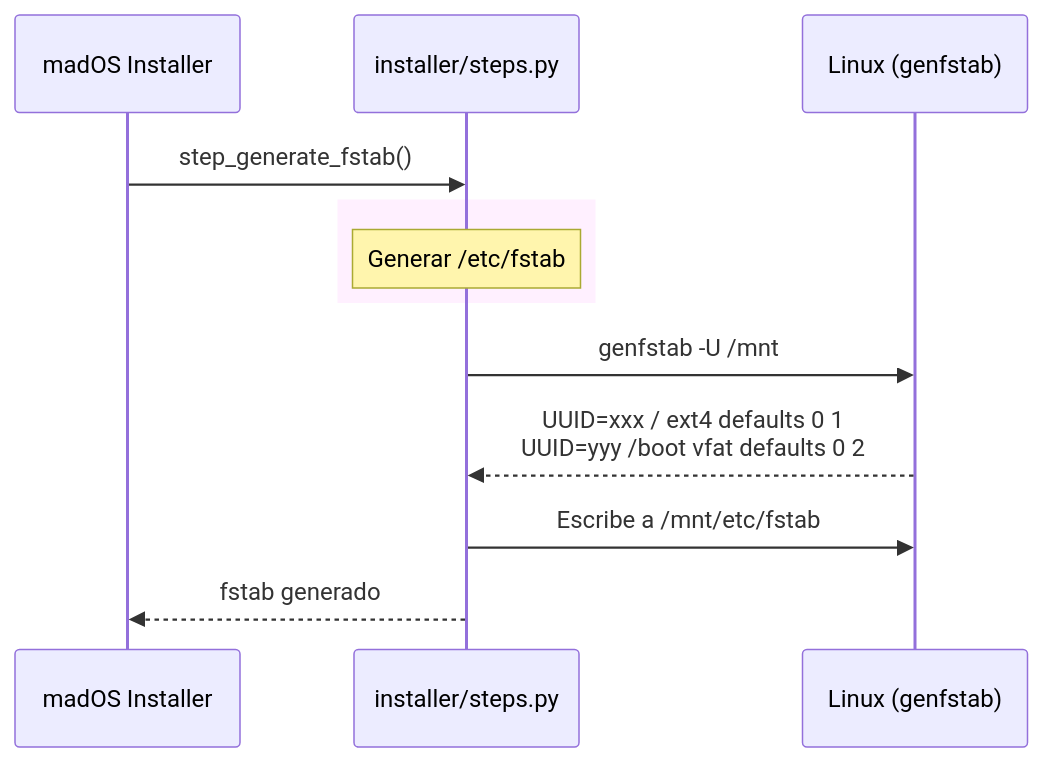
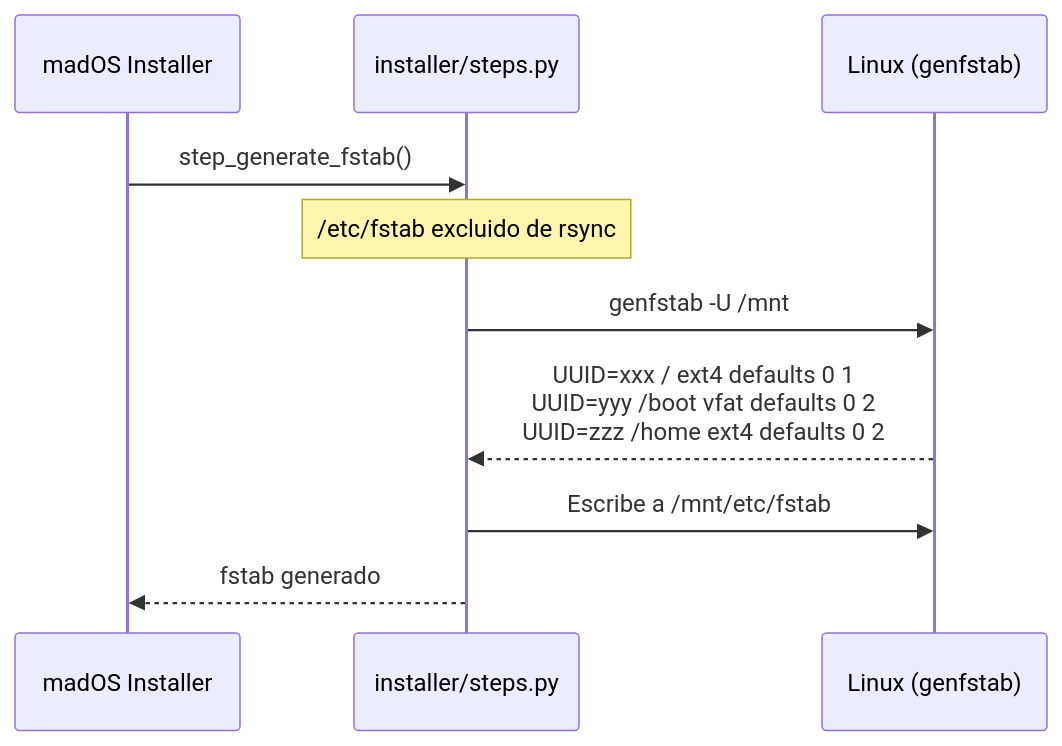
Before and after one commit to madoslinux/mados-installer: the seventh of 12 diagrams in INSTALLATION_FLOW.md, drawn with Mermaid. The commit also changed other lines of this file, not shown here.

Commit message:
docs: update installation flow diagrams with detailed GRUB steps

````diff
--- a/INSTALLATION_FLOW.md
+++ b/INSTALLATION_FLOW.md
@@ -191,19 +158,17 @@
 ```mermaid
 sequenceDiagram
     participant App as madOS Installer
     participant Steps as installer/steps.py
     participant System as Linux (genfstab)
 
     App->>Steps: step_generate_fstab()
 
-    rect rgb(255, 240, 255)
-        Note over Steps: Generar /etc/fstab
-    end
+    Note over Steps: /etc/fstab excluido de rsync
 
     Steps->>System: genfstab -U /mnt
-    System-->>Steps: UUID=xxx / ext4 defaults 0 1<br/>UUID=yyy /boot vfat defaults 0 2
+    System-->>Steps: UUID=xxx / ext4 defaults 0 1<br/>UUID=yyy /boot vfat defaults 0 2<br/>UUID=zzz /home ext4 defaults 0 2
     
     Steps->>System: Escribe a /mnt/etc/fstab
 
     Steps-->>App: fstab generado
 ```
````
